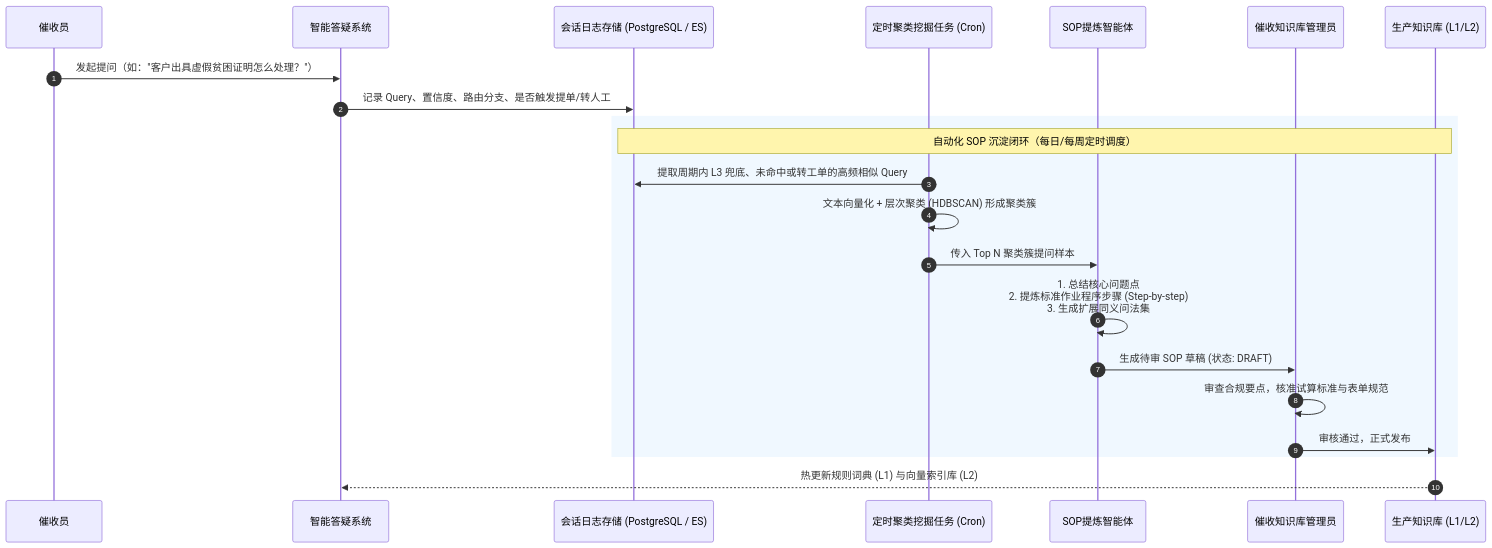
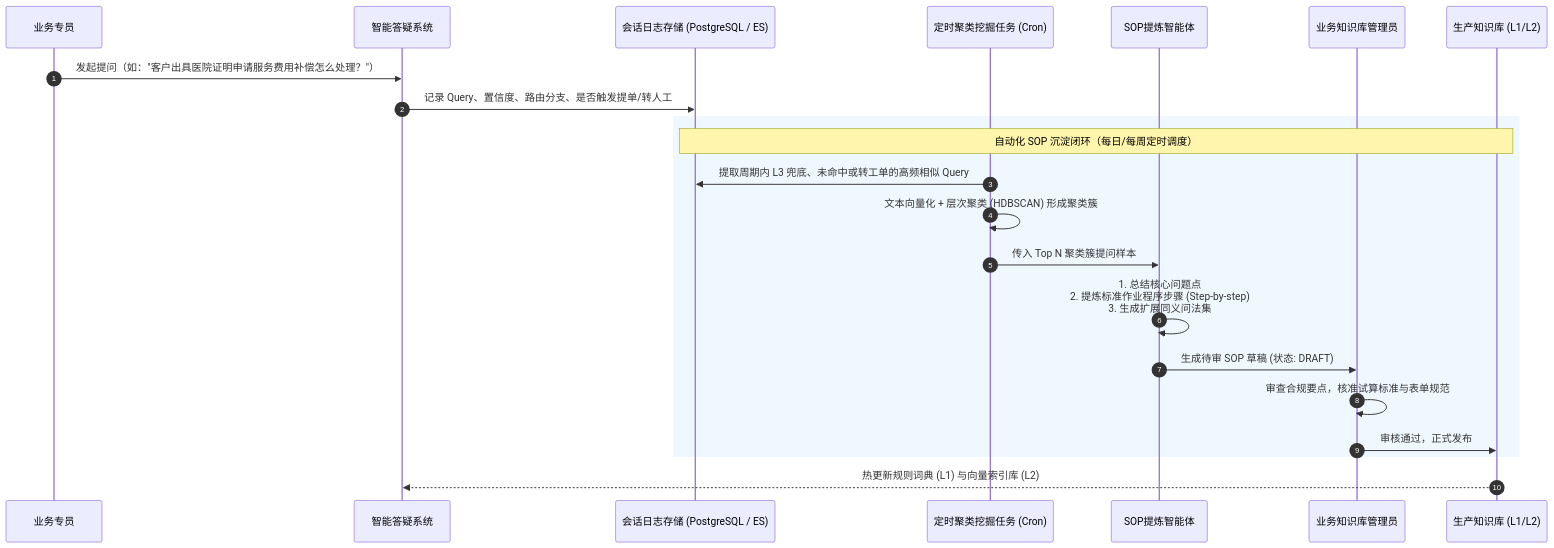
Before and after one commit to 1264585648/spring-ai-agentflow: the second of 5 diagrams in docs/01-系统架构全景与实施规划.md, drawn with Mermaid. The commit also changed other lines of this file and 31 other files, not shown here.

````diff
--- a/docs/01-系统架构全景与实施规划.md
+++ b/docs/01-系统架构全景与实施规划.md
@@ -127,27 +127,27 @@
 ```mermaid
 sequenceDiagram
     autonumber
-    participant Agent as 催收员
+    participant Agent as 业务专员
     participant ChatSys as 智能答疑系统
     participant DB as 会话日志存储 (PostgreSQL / ES)
     participant ClusterJob as 定时聚类挖掘任务 (Cron)
     participant SOPAgent as SOP提炼智能体
-    participant Expert as 催收知识库管理员
+    participant Expert as 业务知识库管理员
     participant KB as 生产知识库 (L1/L2)
 
-    Agent->>ChatSys: 发起提问（如："客户出具虚假贫困证明怎么处理？"）
+    Agent->>ChatSys: 发起提问（如："客户出具医院证明申请服务费用补偿怎么处理？"）
     ChatSys->>DB: 记录 Query、置信度、路由分支、是否触发提单/转人工
     
     rect rgb(240, 248, 255)
     Note over DB, KB: 自动化 SOP 沉淀闭环（每日/每周定时调度）
     ClusterJob->>DB: 提取周期内 L3 兜底、未命中或转工单的高频相似 Query
     ClusterJob->>ClusterJob: 文本向量化 + 层次聚类 (HDBSCAN) 形成聚类簇
     ClusterJob->>SOPAgent: 传入 Top N 聚类簇提问样本
     SOPAgent->>SOPAgent: 1. 总结核心问题点<br/>2. 提炼标准作业程序步骤 (Step-by-step)<br/>3. 生成扩展同义问法集
     SOPAgent->>Expert: 生成待审 SOP 草稿 (状态: DRAFT)
     Expert->>Expert: 审查合规要点，核准试算标准与表单规范
     Expert->>KB: 审核通过，正式发布
     end
 
     KB-->>ChatSys: 热更新规则词典 (L1) 与向量索引库 (L2)
 ```
````
